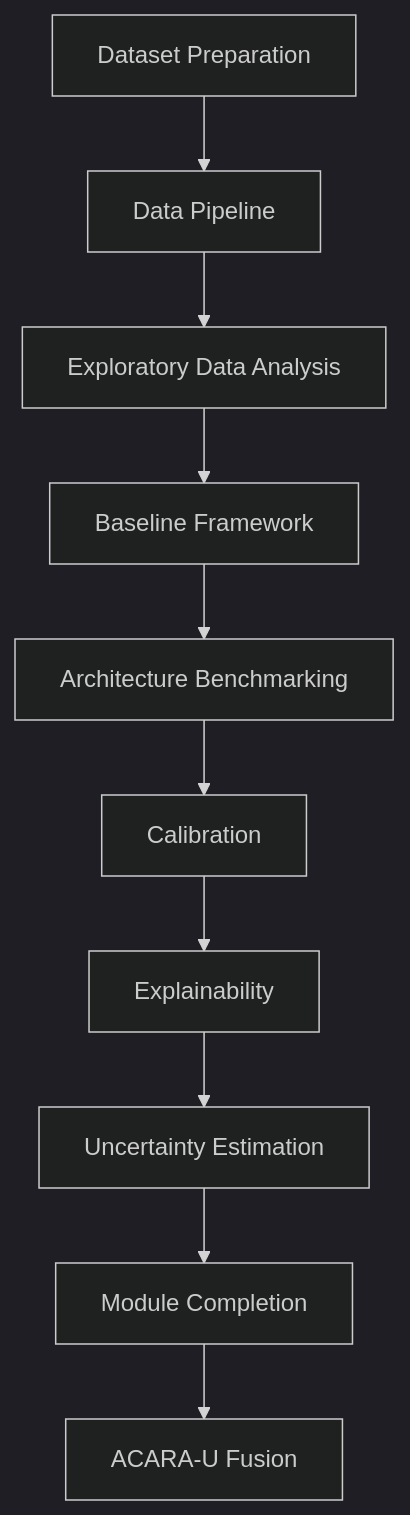
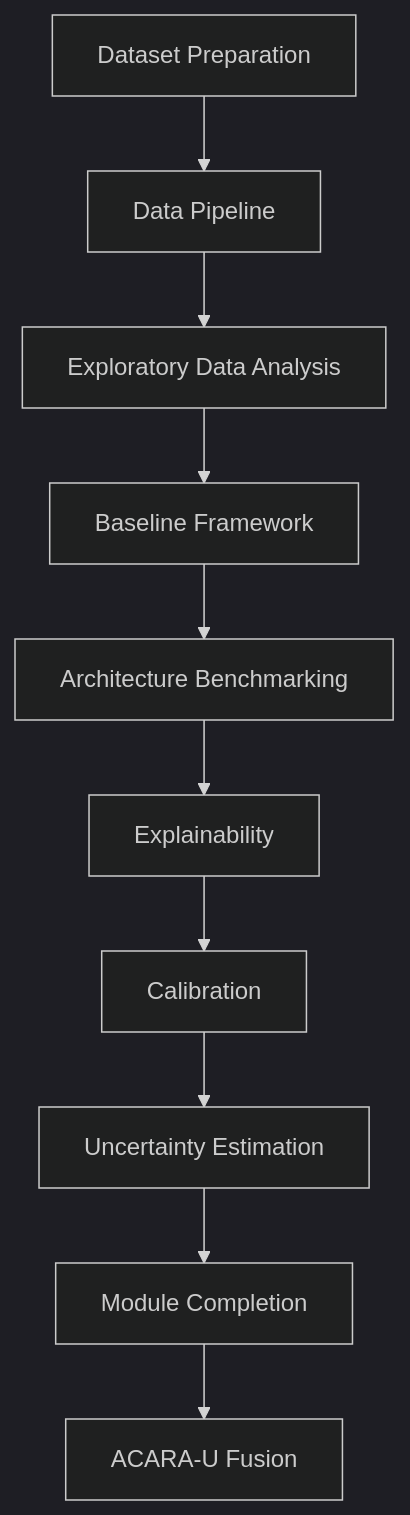
The diagram in docs/methodology.md (Dr-Venom29/FusionMedAI), drawn with Mermaid (dark theme) before and after one commit. The commit also changed other lines of this file and 15 other files, not shown here.

````diff
--- a/docs/methodology.md
+++ b/docs/methodology.md
@@ -15,13 +15,13 @@
 ```mermaid
 flowchart TD
     DatasetPrep[Dataset Preparation]
     --> DataPipeline[Data Pipeline]
     --> EDA[Exploratory Data Analysis]
     --> BaselineFramework[Baseline Framework]
     --> ArchitectureBenchmarking[Architecture Benchmarking]
+    --> Explainability
     --> Calibration
-    --> Explainability
     --> UncertaintyEstimation[Uncertainty Estimation]
     --> ModuleCompletion[Module Completion]
     --> MultimodalFusion[ACARA-U Fusion]
 ```
````
